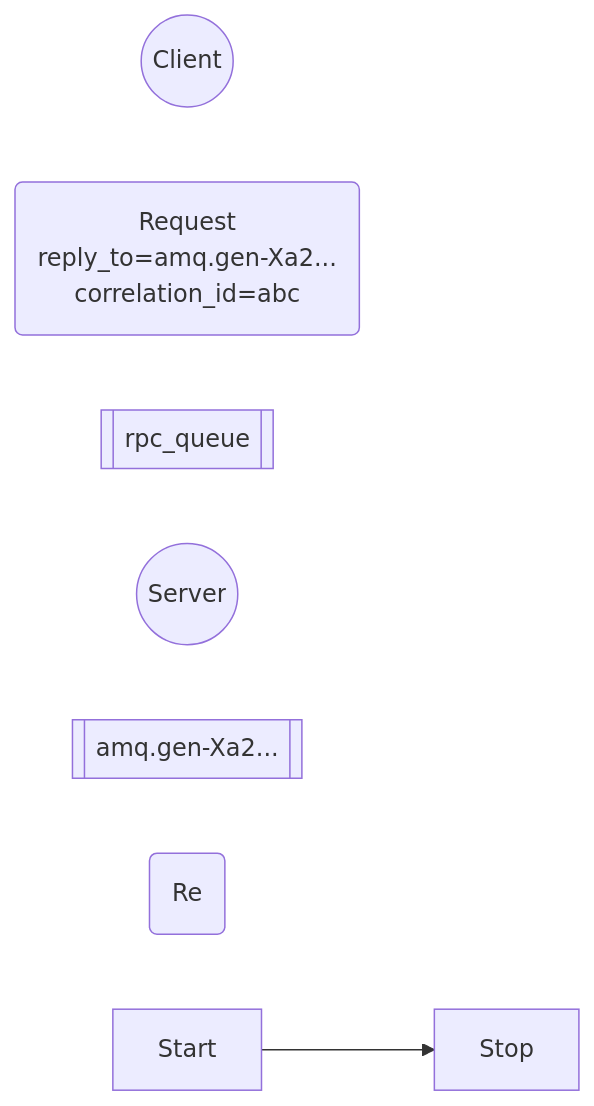
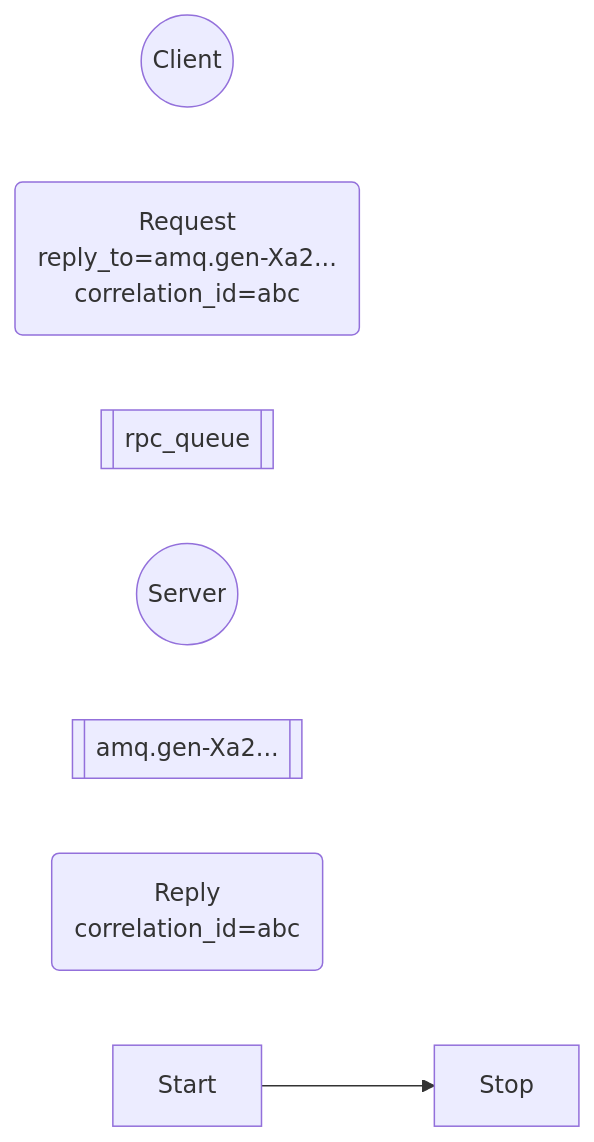
The diagram in all/未命名-7.md (googlelxhgithub/iodraw-files), drawn with Mermaid before and after one commit.

Commit message:
2024-08-30 19:07:08 update

````diff
--- a/all/未命名-7.md
+++ b/all/未命名-7.md
@@ -1,11 +1,11 @@
 ```mermaid
 flowchart LR
     C((Client))
     R(Request\nreply_to=amq.gen-Xa2...\ncorrelation_id=abc)
     Q1[[rpc_queue]]
     S((Server))
     Q2[[amq.gen-Xa2...]]
-    R2(Re)
+    R2(Reply\ncorrelation_id=abc)
     Start --> Stop
   
 ```
````
